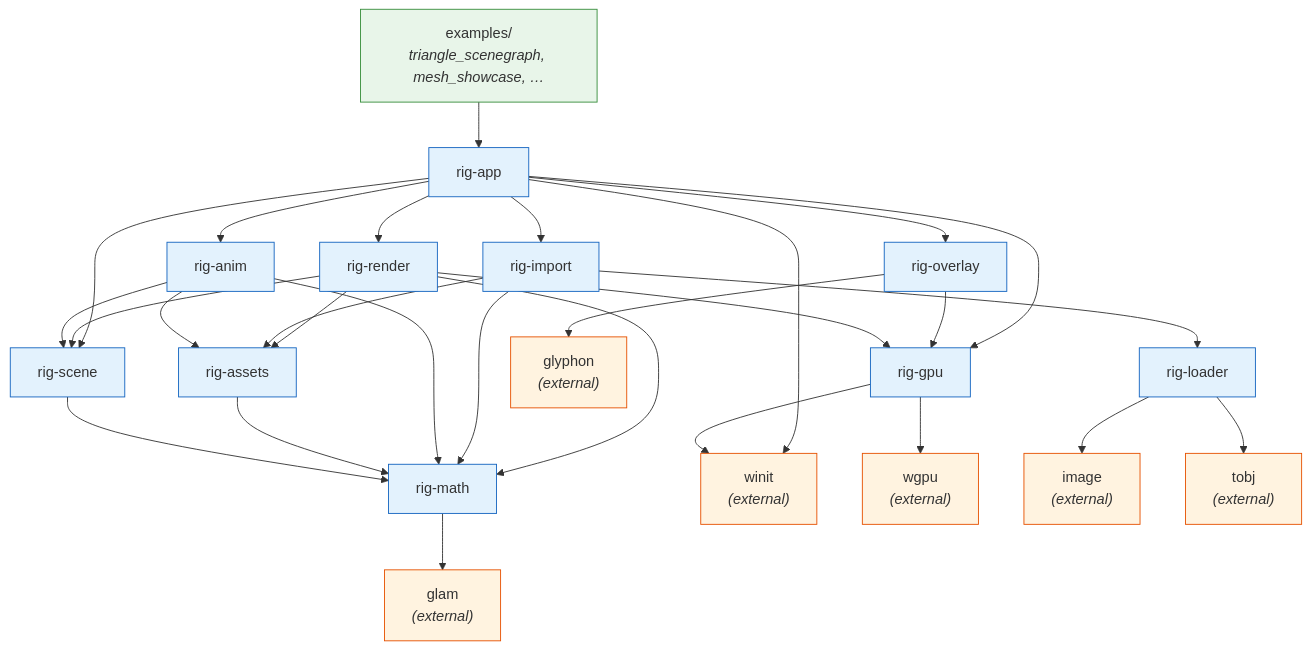
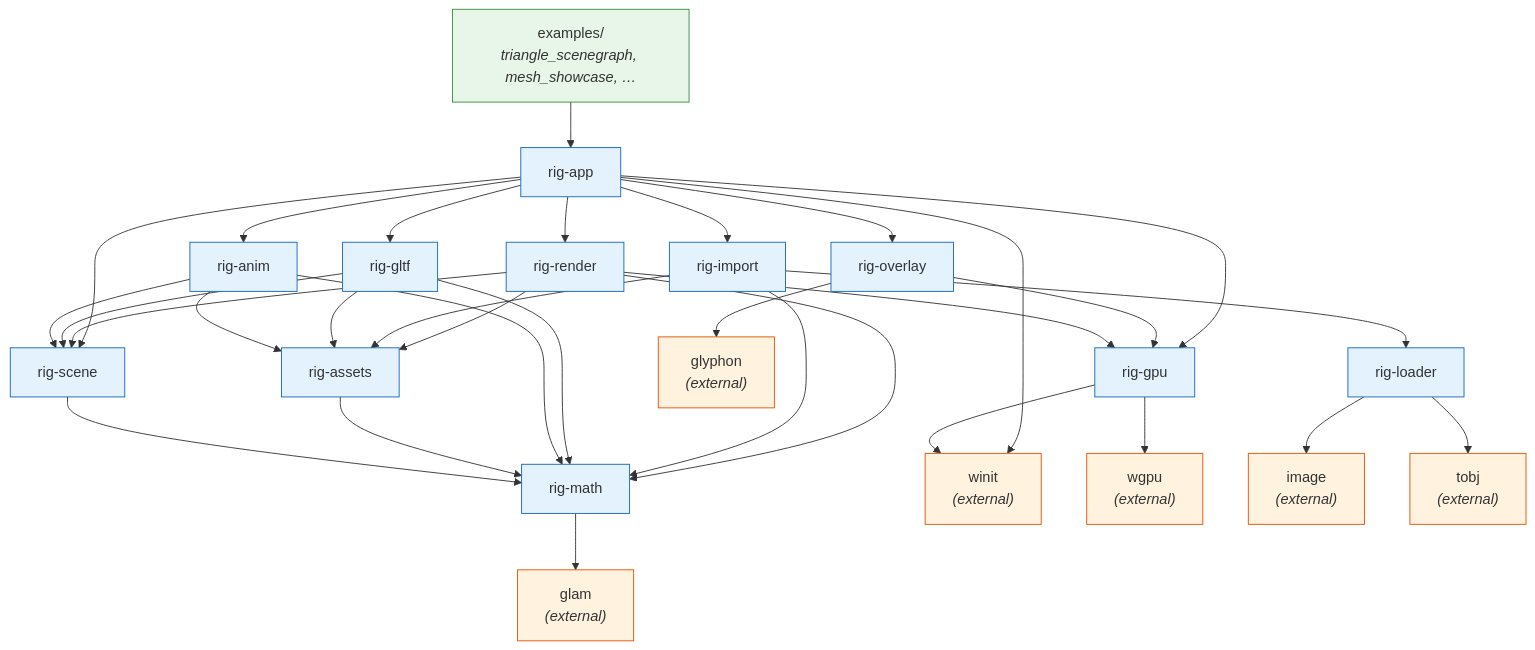
The first of 4 diagrams in docs/ARCHITECTURE.md (vansweej/nodemoss), drawn with Mermaid before and after one commit. The commit also changed other lines of this file and 30 other files, not shown here.

````diff
--- a/docs/ARCHITECTURE.md
+++ b/docs/ARCHITECTURE.md
@@ -198,74 +204,81 @@
 ```mermaid
 graph TD
     examples["examples/<br/><i>triangle_scenegraph, mesh_showcase, …</i>"]
     app["rig-app"]
     overlay["rig-overlay"]
     render["rig-render"]
     gpu["rig-gpu"]
     import["rig-import"]
+    gltf["rig-gltf"]
     anim["rig-anim"]
     loader["rig-loader"]
     assets["rig-assets"]
     scene["rig-scene"]
     math["rig-math"]
     winit["winit<br/><i>(external)</i>"]
     wgpu["wgpu<br/><i>(external)</i>"]
     glyphon["glyphon<br/><i>(external)</i>"]
     glam["glam<br/><i>(external)</i>"]
     image["image<br/><i>(external)</i>"]
     tobj["tobj<br/><i>(external)</i>"]
 
     examples --> app
 
     app --> render
     app --> overlay
     app --> scene
     app --> gpu
     app --> import
+    app --> gltf
     app --> anim
     app --> winit
 
     overlay --> gpu
     overlay --> glyphon
 
     render --> assets
     render --> scene
     render --> math
     render --> gpu
 
     import --> loader
     import --> assets
     import --> math
+
+    gltf --> assets
+    gltf --> scene
+    gltf --> math
 
     anim --> assets
     anim --> scene
     anim --> math
 
     loader --> image
     loader --> tobj
 
     gpu --> wgpu
     gpu --> winit
 
     assets --> math
     scene --> math
     math --> glam
 
     style examples fill:#e8f5e9,stroke:#388e3c
     style app fill:#e3f2fd,stroke:#1565c0
     style overlay fill:#e3f2fd,stroke:#1565c0
     style render fill:#e3f2fd,stroke:#1565c0
     style gpu fill:#e3f2fd,stroke:#1565c0
     style import fill:#e3f2fd,stroke:#1565c0
+    style gltf fill:#e3f2fd,stroke:#1565c0
     style anim fill:#e3f2fd,stroke:#1565c0
     style loader fill:#e3f2fd,stroke:#1565c0
     style assets fill:#e3f2fd,stroke:#1565c0
     style scene fill:#e3f2fd,stroke:#1565c0
     style math fill:#e3f2fd,stroke:#1565c0
     style winit fill:#fff3e0,stroke:#e65100
     style wgpu fill:#fff3e0,stroke:#e65100
     style glyphon fill:#fff3e0,stroke:#e65100
     style glam fill:#fff3e0,stroke:#e65100
     style image fill:#fff3e0,stroke:#e65100
     style tobj fill:#fff3e0,stroke:#e65100
 ```
````
